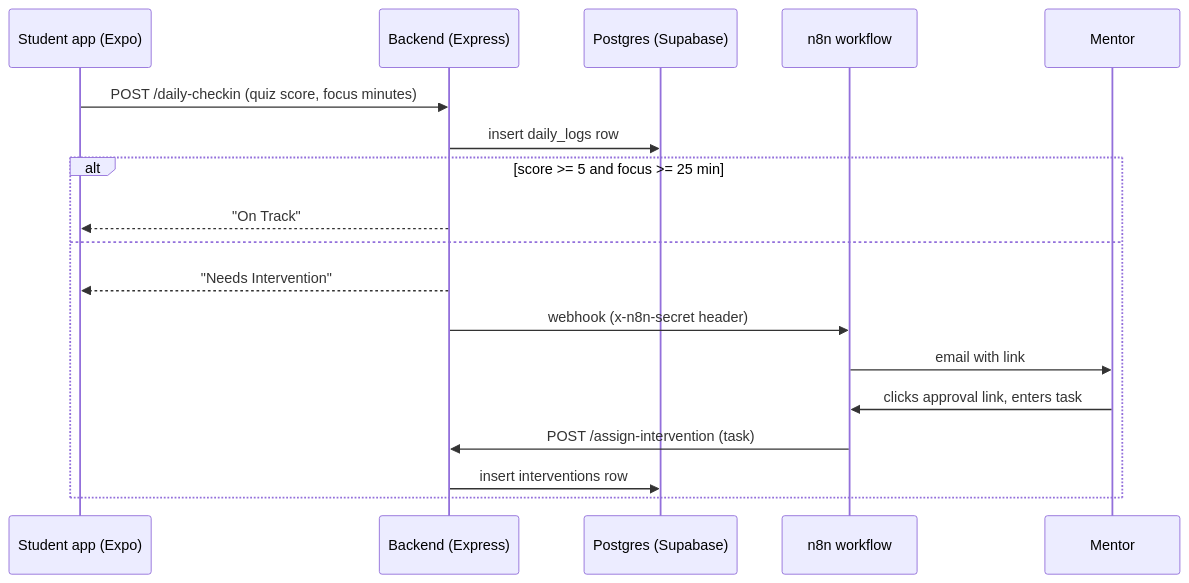
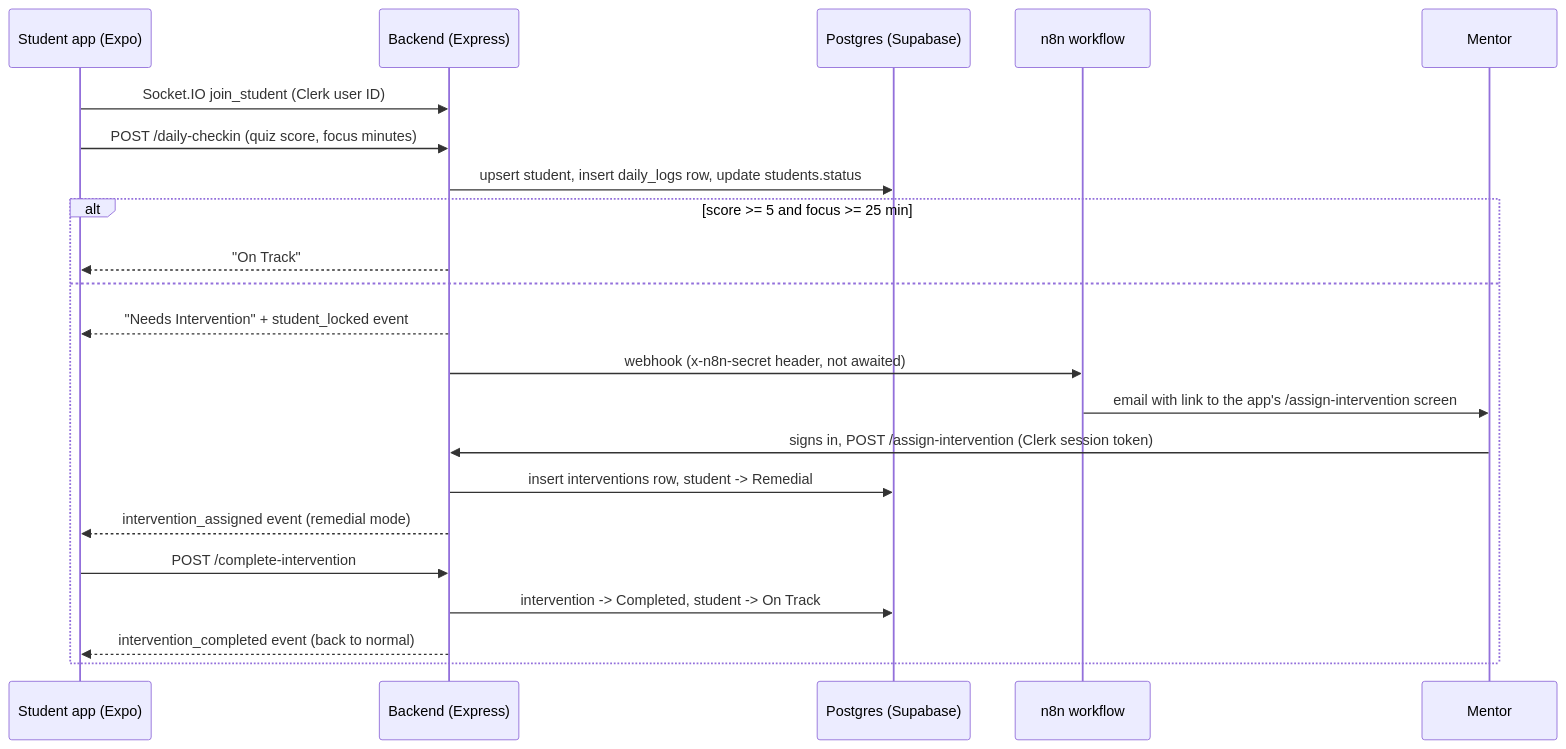
The diagram in README.md (Krigoy/alcovia-intervention-engine), drawn with Mermaid before and after one commit. The commit also changed other lines of this file and 20 other files, not shown here.

First line of the commit message:
Complete the intervention loop end to end

````diff
--- a/README.md
+++ b/README.md
@@ -9,21 +9,25 @@
 ```mermaid
 sequenceDiagram
     participant S as Student app (Expo)
     participant B as Backend (Express)
     participant DB as Postgres (Supabase)
     participant N as n8n workflow
     participant M as Mentor
 
+    S->>B: Socket.IO join_student (Clerk user ID)
     S->>B: POST /daily-checkin (quiz score, focus minutes)
-    B->>DB: insert daily_logs row
+    B->>DB: upsert student, insert daily_logs row, update students.status
     alt score >= 5 and focus >= 25 min
         B-->>S: "On Track"
     else
-        B-->>S: "Needs Intervention"
-        B->>N: webhook (x-n8n-secret header)
-        N->>M: email with link
-        M->>N: clicks approval link, enters task
-        N->>B: POST /assign-intervention (task)
-        B->>DB: insert interventions row
+        B-->>S: "Needs Intervention" + student_locked event
+        B->>N: webhook (x-n8n-secret header, not awaited)
+        N->>M: email with link to the app's /assign-intervention screen
+        M->>B: signs in, POST /assign-intervention (Clerk session token)
+        B->>DB: insert interventions row, student -> Remedial
+        B-->>S: intervention_assigned event (remedial mode)
+        S->>B: POST /complete-intervention
+        B->>DB: intervention -> Completed, student -> On Track
+        B-->>S: intervention_completed event (back to normal)
     end
 ```
````
